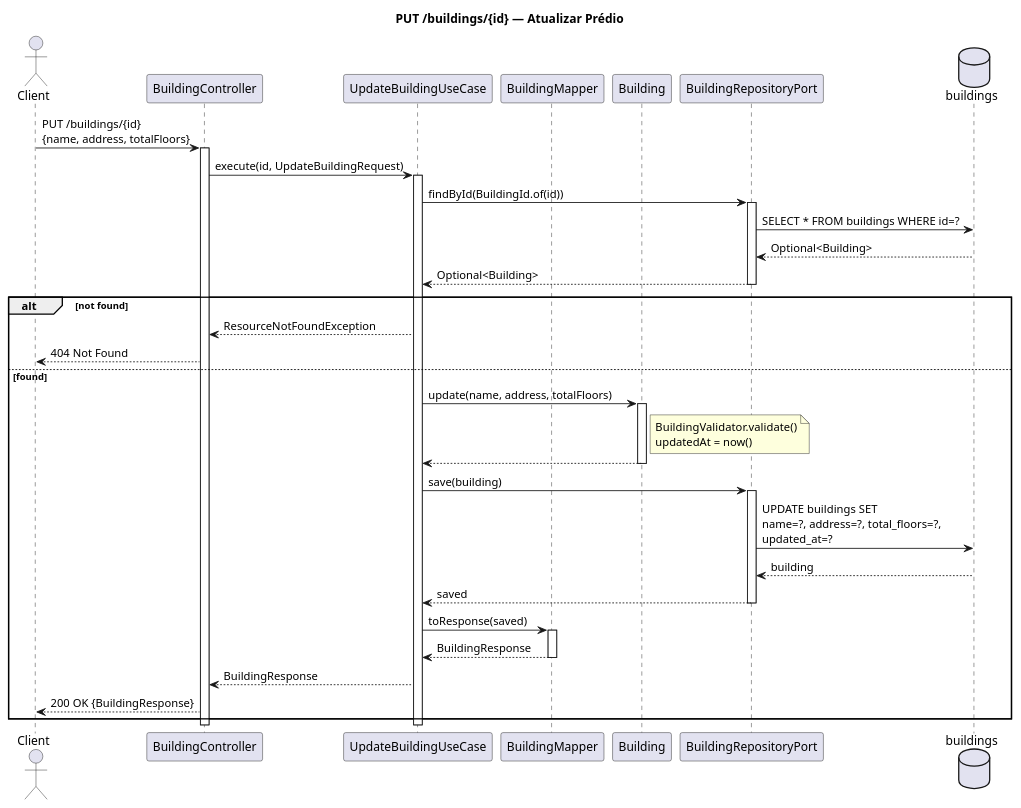
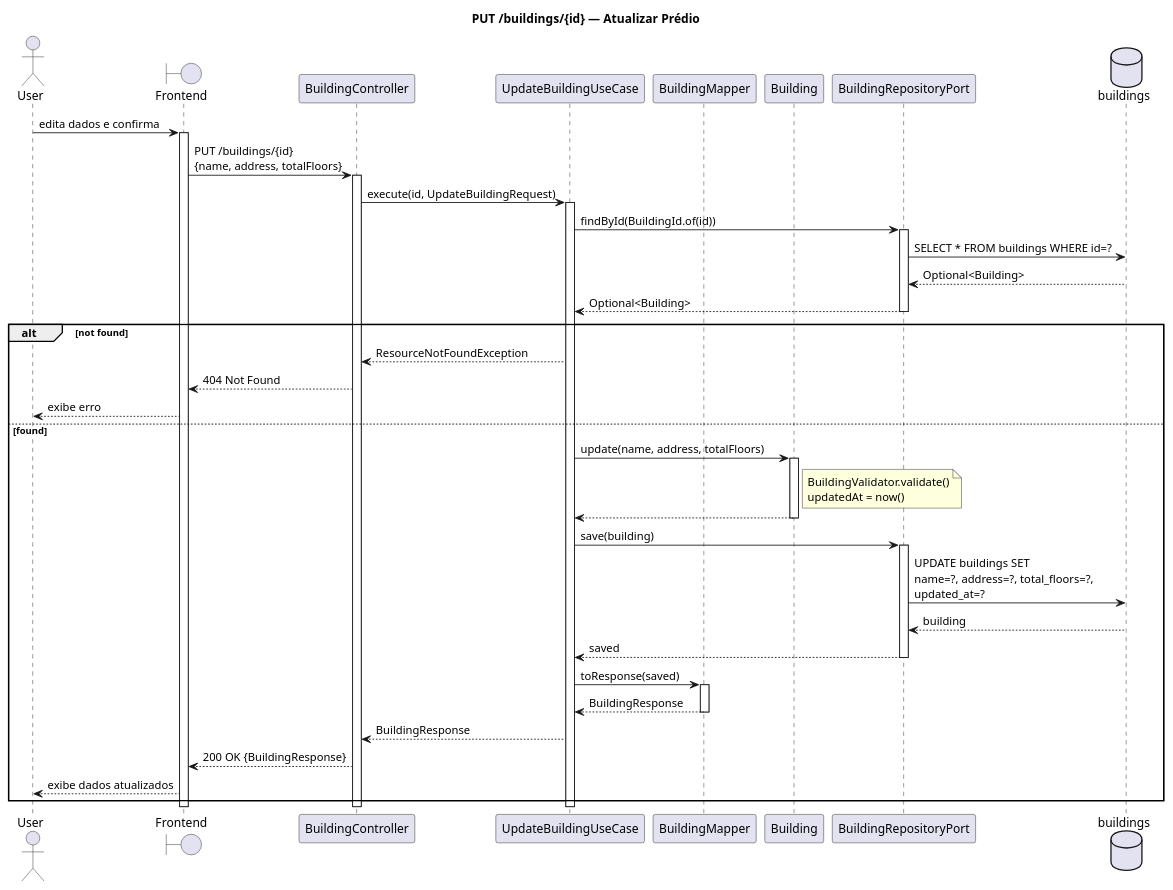
One commit to Neoguara/rooms-diagrams changed the diagram in sequencia/building/update_building.puml. Above: the diagram before and after it, drawn with PlantUML. The commit also changed 28 other files, not shown here.

```diff
--- a/sequencia/building/update_building.puml
+++ b/sequencia/building/update_building.puml
@@ -1,55 +1,61 @@
 @startuml update_building
 
 title PUT /buildings/{id} — Atualizar Prédio
 
-actor Client
+actor User
+boundary "Frontend" as FE
 participant "BuildingController" as Ctrl
 participant "UpdateBuildingUseCase" as UC
 participant "BuildingMapper" as Mapper
 participant "Building" as Entity
 participant "BuildingRepositoryPort" as Repo
 database "buildings" as DB
 
-Client -> Ctrl: PUT /buildings/{id}\n{name, address, totalFloors}
+User -> FE: edita dados e confirma
+activate FE
+FE -> Ctrl: PUT /buildings/{id}\n{name, address, totalFloors}
 activate Ctrl
 
 Ctrl -> UC: execute(id, UpdateBuildingRequest)
 activate UC
 
 UC -> Repo: findById(BuildingId.of(id))
 activate Repo
 Repo -> DB: SELECT * FROM buildings WHERE id=?
 DB --> Repo: Optional<Building>
 Repo --> UC: Optional<Building>
 deactivate Repo
 
 alt not found
   UC --> Ctrl: ResourceNotFoundException
-  Ctrl --> Client: 404 Not Found
+  Ctrl --> FE: 404 Not Found
+  FE --> User: exibe erro
 else found
   UC -> Entity: update(name, address, totalFloors)
   activate Entity
   note right of Entity: BuildingValidator.validate()\nupdatedAt = now()
   Entity --> UC:
   deactivate Entity
 
   UC -> Repo: save(building)
   activate Repo
   Repo -> DB: UPDATE buildings SET\nname=?, address=?, total_floors=?,\nupdated_at=?
   DB --> Repo: building
   Repo --> UC: saved
   deactivate Repo
 
   UC -> Mapper: toResponse(saved)
   activate Mapper
   Mapper --> UC: BuildingResponse
   deactivate Mapper
 
   UC --> Ctrl: BuildingResponse
-  Ctrl --> Client: 200 OK {BuildingResponse}
+  Ctrl --> FE: 200 OK {BuildingResponse}
+  FE --> User: exibe dados atualizados
 end
 
 deactivate UC
 deactivate Ctrl
+deactivate FE
 
 @enduml
```
